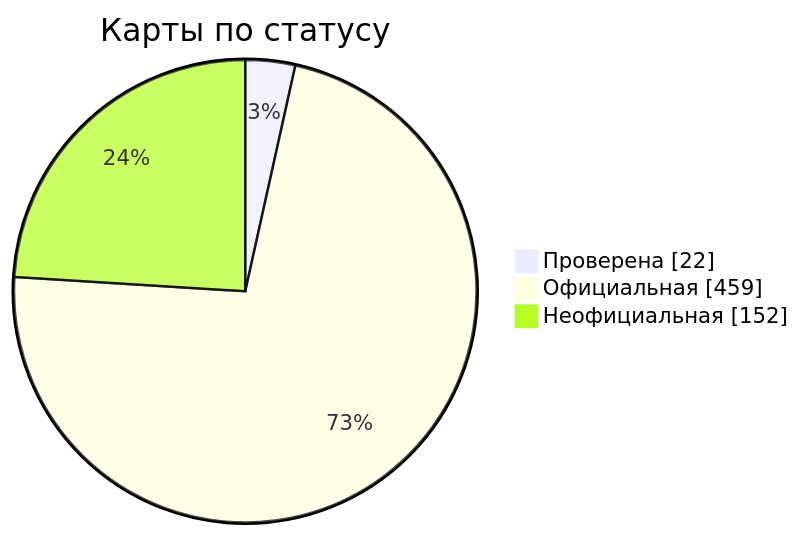
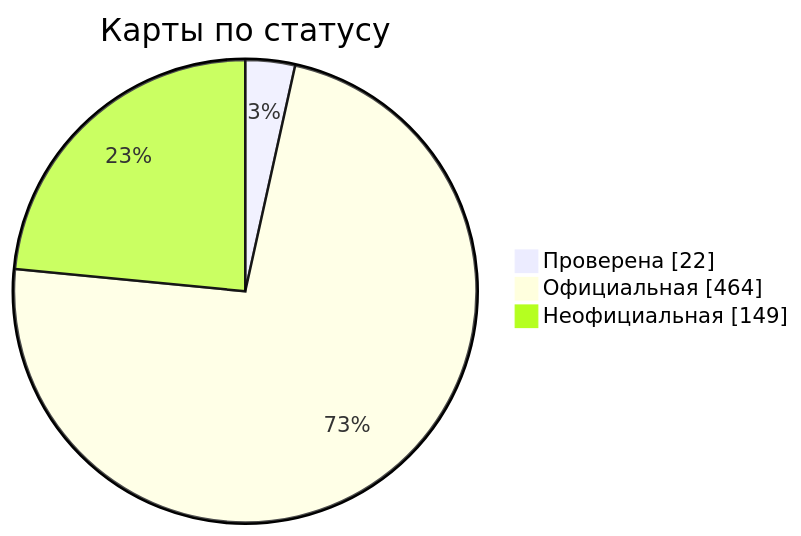
One commit to nobrega8/mbmap-library changed the diagram in docs/readme/README_RU.md. Above: the diagram before and after it, drawn with Mermaid. The commit also changed 4 other files, not shown here.

````diff
--- a/docs/readme/README_RU.md
+++ b/docs/readme/README_RU.md
@@ -54,7 +54,7 @@
 ```mermaid
 pie showData
     title Карты по статусу
     "Проверена" : 22
-    "Официальная" : 459
-    "Неофициальная" : 152
+    "Официальная" : 464
+    "Неофициальная" : 149
 ```
````
